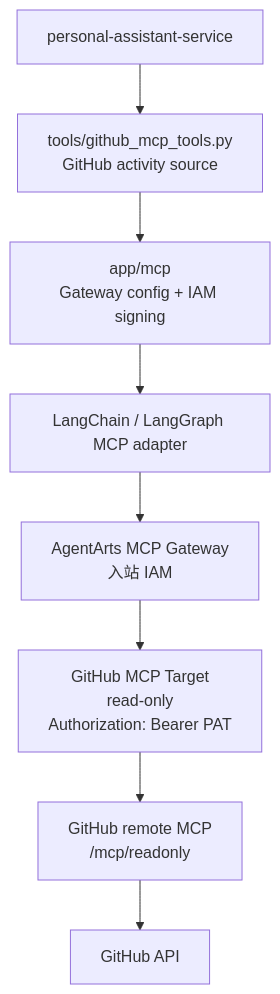
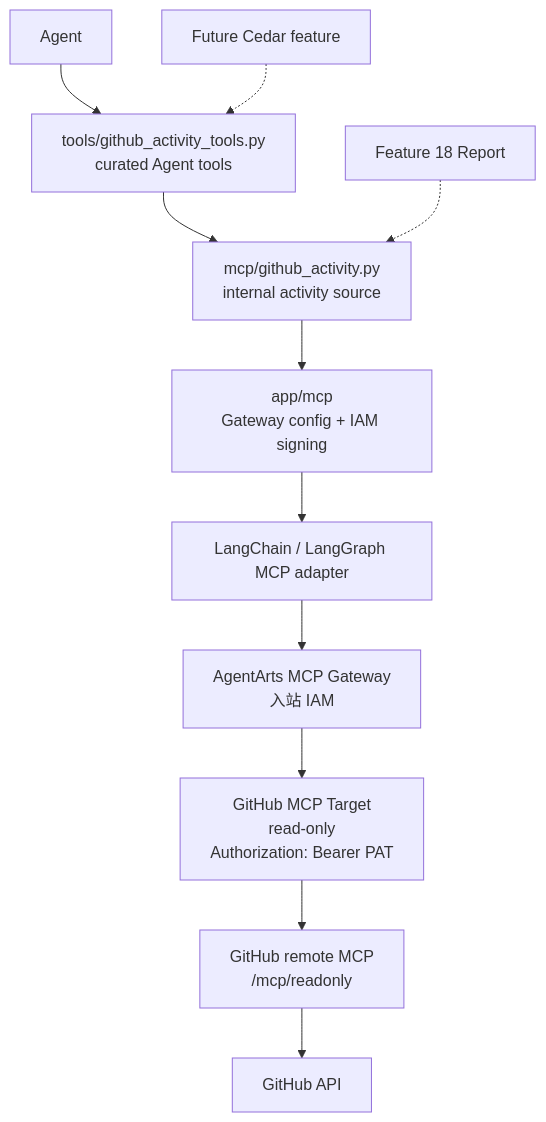
One commit to T-1009/personal-assistant changed the first of 2 diagrams in personal-assistant-meta/issues/features/backlog/feature-17-github-mcp-data-source/plan.md. Above: the diagram before and after it, drawn with Mermaid. The commit also changed other lines of this file and 3 other files, not shown here.

Commit message:
docs: expose curated GitHub activity tools

````diff
--- a/personal-assistant-meta/issues/features/backlog/feature-17-github-mcp-data-source/plan.md
+++ b/personal-assistant-meta/issues/features/backlog/feature-17-github-mcp-data-source/plan.md
@@ -25,19 +27,24 @@
 ```mermaid
 flowchart TB
-    Service["personal-assistant-service"]
-    Source["tools/github_mcp_tools.py<br/>GitHub activity source"]
+    Agent["Agent"]
+    ToolFacade["tools/github_activity_tools.py<br/>curated Agent tools"]
+    Source["mcp/github_activity.py<br/>internal activity source"]
     MCPConfig["app/mcp<br/>Gateway config + IAM signing"]
     Adapter["LangChain / LangGraph MCP adapter"]
     Gateway["AgentArts MCP Gateway<br/>入站 IAM"]
     Target["GitHub MCP Target<br/>read-only<br/>Authorization: Bearer PAT"]
     GitHubMCP["GitHub remote MCP<br/>/mcp/readonly"]
     GitHubAPI["GitHub API"]
 
-    Service --> Source
+    Agent --> ToolFacade
+    ToolFacade --> Source
     Source --> MCPConfig
     MCPConfig --> Adapter
     Adapter --> Gateway
     Gateway --> Target
     Target --> GitHubMCP
     GitHubMCP --> GitHubAPI
+
+    Report["Feature 18 Report"] -.-> Source
+    Cedar["Future Cedar feature"] -.-> ToolFacade
 ```
````
